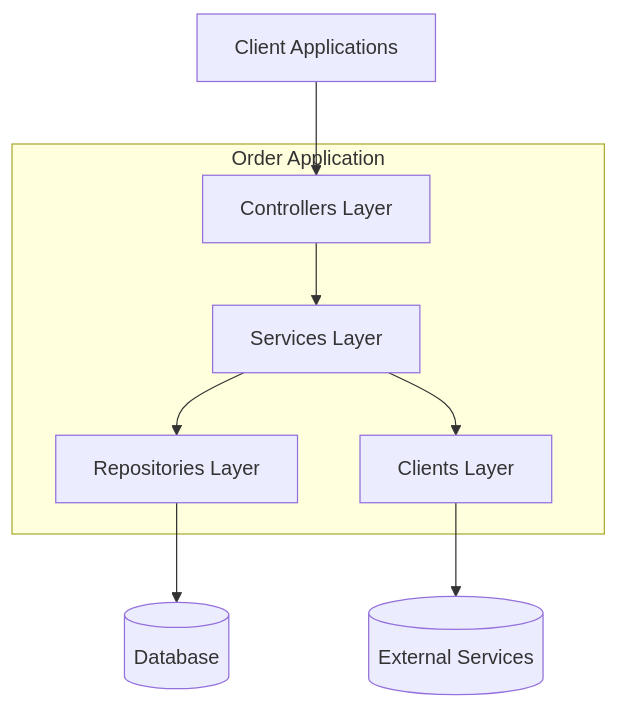
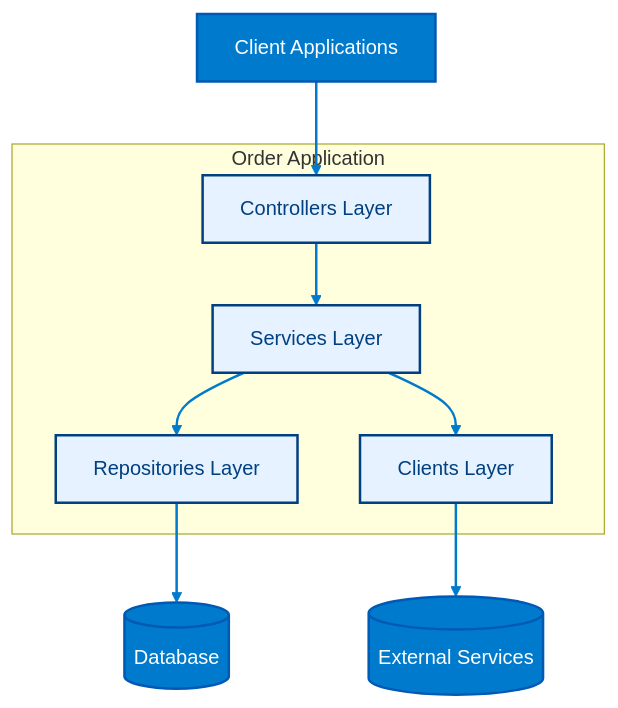
The diagram in README.md (mattsimoessilva/shopbridge_order), drawn with Mermaid before and after one commit.

````diff
--- a/README.md
+++ b/README.md
@@ -44,26 +44,44 @@
 ```mermaid
 flowchart TD
     %% Client side
     A[Client Applications]
 
     %% Server side grouping
     subgraph Order Application
         B[Controllers Layer]
         C[Services Layer]
         D[Repositories Layer]
         F[Clients Layer]
     end
 
     %% Database
     E[(Database)]
     %% External Service
     G[(External Services)]
 
     %% Connections
     A --> B
     B --> C
     C --> D
     C --> F
     D --> E
     F --> G
+
+    %% Node styles
+    style A fill:#007acc,stroke:#0059b3,color:#ffffff,stroke-width:2px
+    style B fill:#e6f2ff,stroke:#004080,color:#004080,stroke-width:2px
+    style C fill:#e6f2ff,stroke:#004080,color:#004080,stroke-width:2px
+    style D fill:#e6f2ff,stroke:#004080,color:#004080,stroke-width:2px
+    style F fill:#e6f2ff,stroke:#004080,color:#004080,stroke-width:2px
+    style E fill:#007acc,stroke:#0059b3,color:#ffffff,stroke-width:2px
+    style G fill:#007acc,stroke:#0059b3,color:#ffffff,stroke-width:2px
+
+    %% Arrow styles
+    linkStyle 0 stroke:#007acc,stroke-width:2px
+    linkStyle 1 stroke:#007acc,stroke-width:2px
+    linkStyle 2 stroke:#007acc,stroke-width:2px
+    linkStyle 3 stroke:#007acc,stroke-width:2px
+    linkStyle 4 stroke:#007acc,stroke-width:2px
+    linkStyle 5 stroke:#007acc,stroke-width:2px
+
 ```
````
